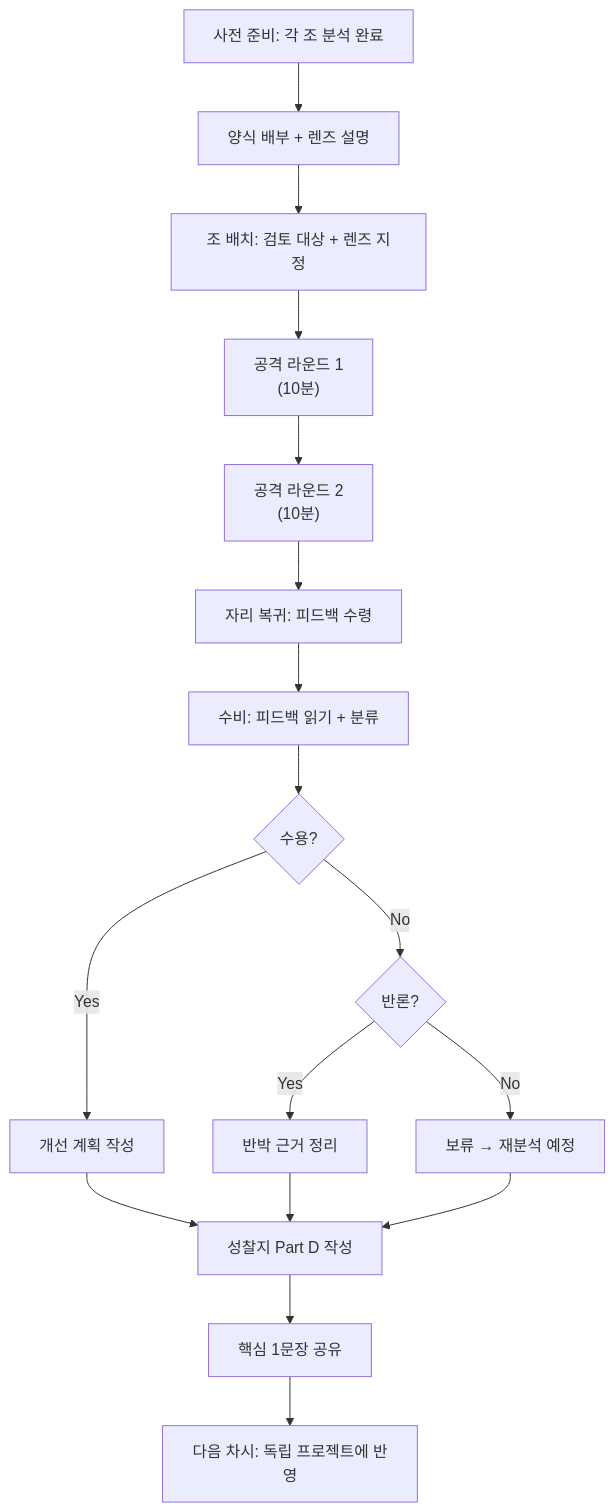
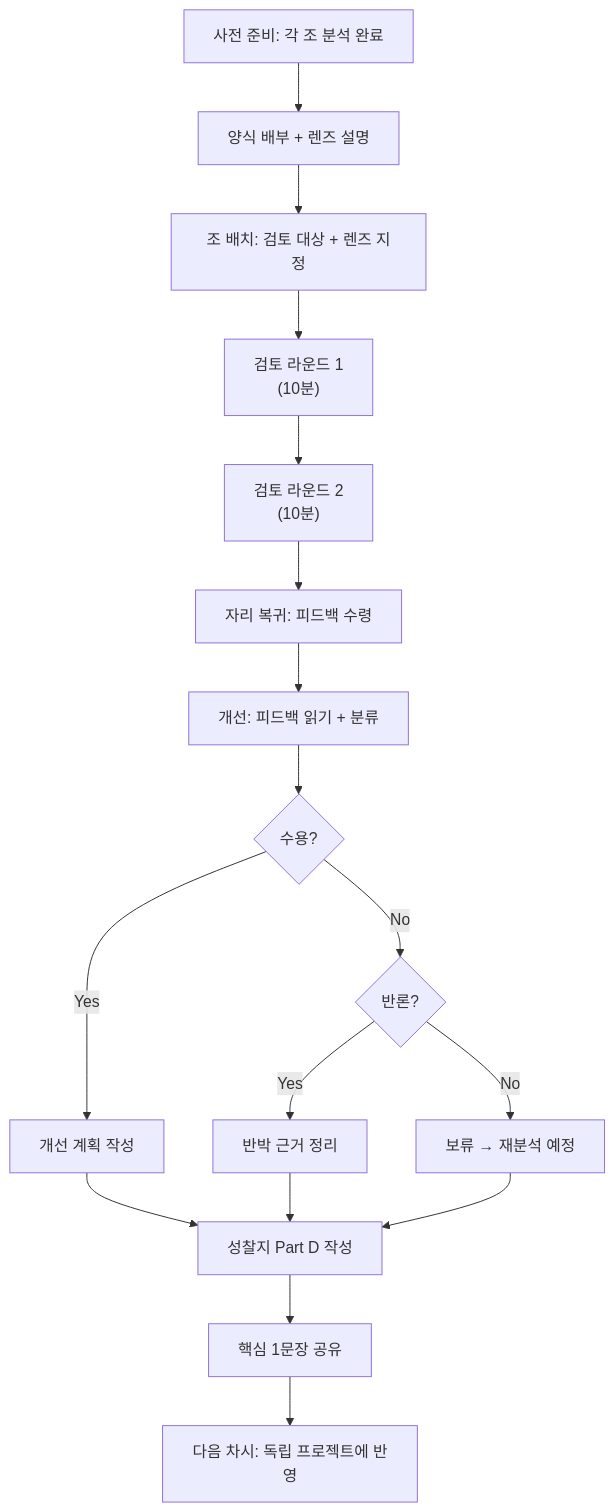
Before and after one commit to greatsong/data-analysis-agentic: the diagram in docs/chapter08.md, drawn with Mermaid. The commit also changed other lines of this file and 6 other files, not shown here.

First line of the commit message:
어색한 표현 정리: 과격한 비유 → 교육적 표현 + mermaid \n → <br>

````diff
--- a/docs/chapter08.md
+++ b/docs/chapter08.md
@@ -243,24 +243,24 @@
 ```mermaid
 flowchart TD
     A[사전 준비: 각 조 분석 완료] --> B[양식 배부 + 렌즈 설명]
     B --> C[조 배치: 검토 대상 + 렌즈 지정]
 
-    C --> D["공격 라운드 1\n(10분)"]
-    D --> E["공격 라운드 2\n(10분)"]
+    C --> D["검토 라운드 1<br>(10분)"]
+    D --> E["검토 라운드 2<br>(10분)"]
 
     E --> F[자리 복귀: 피드백 수령]
-    F --> G[수비: 피드백 읽기 + 분류]
+    F --> G[개선: 피드백 읽기 + 분류]
 
     G --> H{수용?}
     H -->|Yes| I[개선 계획 작성]
     H -->|No| J{반론?}
     J -->|Yes| K[반박 근거 정리]
     J -->|No| L[보류 → 재분석 예정]
 
     I --> M[성찰지 Part D 작성]
     K --> M
     L --> M
 
     M --> N[핵심 1문장 공유]
     N --> O[다음 차시: 독립 프로젝트에 반영]
 ```
````
